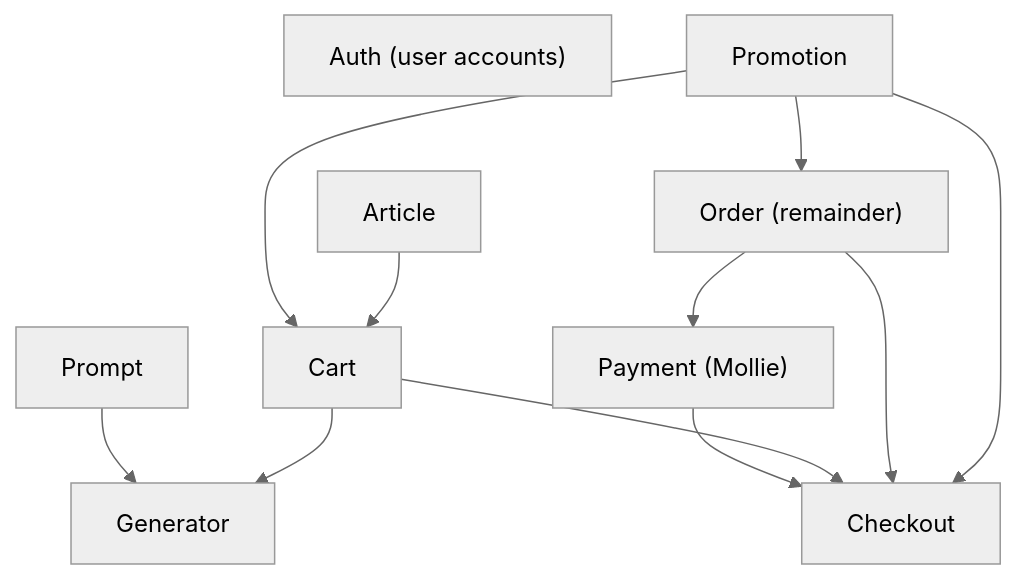
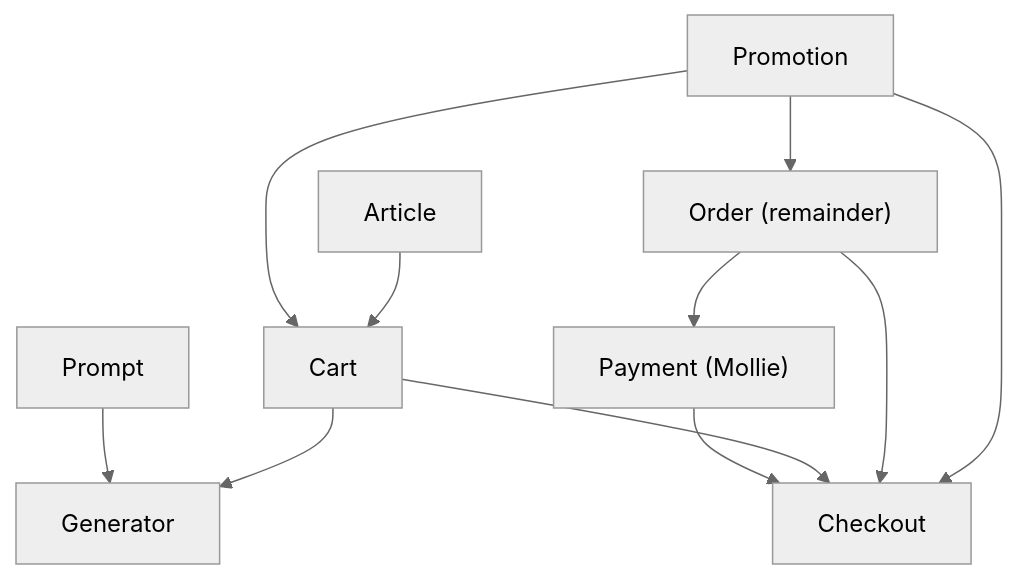
Before and after one commit to bitstorm-tech/voenix-shop-kotlin: the diagram in docs/migration/migration-roadmap.md, drawn with Mermaid (neutral theme). The commit also changed other lines of this file, not shown here.

Commit message:
Mark the Auth migration as done in the roadmap

````diff
--- a/docs/migration/migration-roadmap.md
+++ b/docs/migration/migration-roadmap.md
@@ -51,14 +51,13 @@
 ```mermaid
 graph TD
-    Auth["Auth (user accounts)"]
     Promotion --> Cart
     Article --> Cart
     Promotion --> Order["Order (remainder)"]
     Prompt --> Generator
     Cart --> Generator
     Order --> Payment["Payment (Mollie)"]
     Payment --> Checkout
     Cart --> Checkout
     Order --> Checkout
     Promotion --> Checkout
 ```
````
